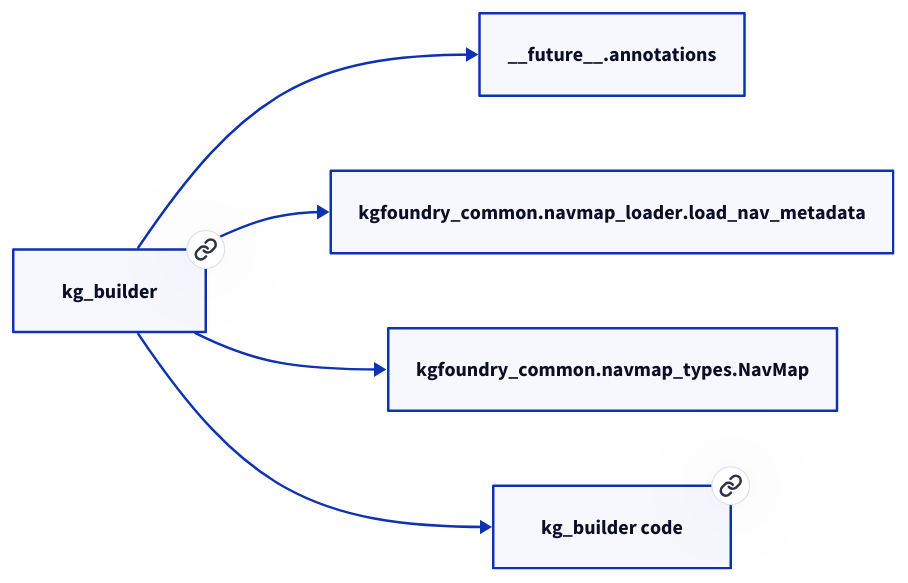
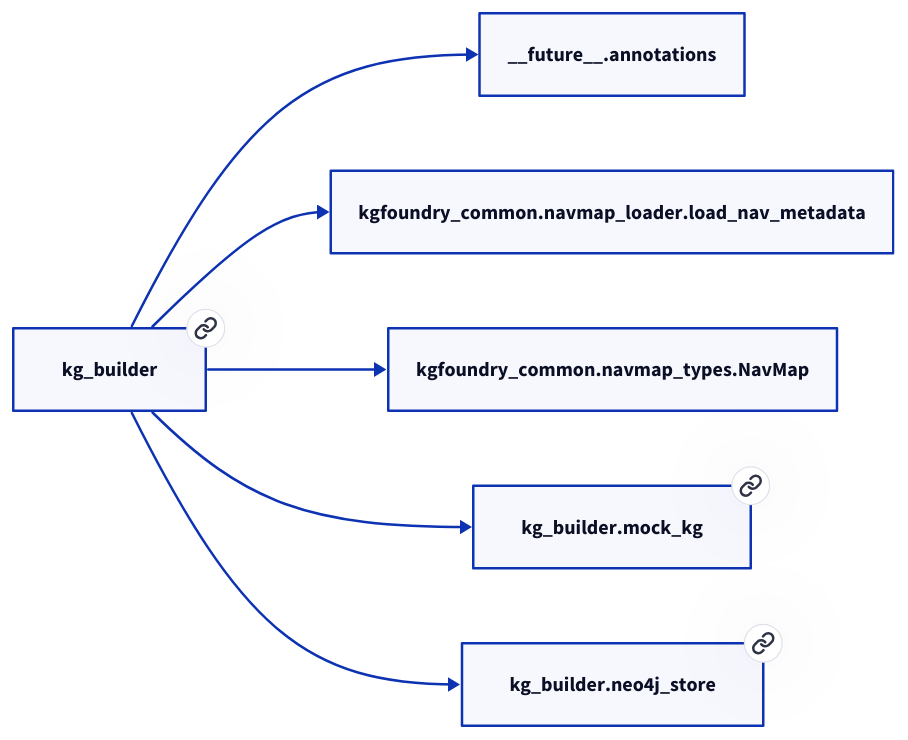
One commit to paul-heyse/kgforge changed the diagram in docs/modules/kg_builder.md. Above: the diagram before and after it, drawn with D2. The commit also changed other lines of this file and 208 other files, not shown here.

````diff
--- a/docs/modules/kg_builder.md
+++ b/docs/modules/kg_builder.md
@@ -17,12 +21,14 @@
 ```d2
 direction: right
-"kg_builder": "kg_builder" { link: "./kg_builder.md" }
+"kg_builder": "kg_builder" { link: "https://github.com/paul-heyse/kgfoundry/blob/main/src/kg_builder/__init__.py" }
 "__future__.annotations": "__future__.annotations"
 "kg_builder" -> "__future__.annotations"
 "kgfoundry_common.navmap_loader.load_nav_metadata": "kgfoundry_common.navmap_loader.load_nav_metadata"
 "kg_builder" -> "kgfoundry_common.navmap_loader.load_nav_metadata"
 "kgfoundry_common.navmap_types.NavMap": "kgfoundry_common.navmap_types.NavMap"
 "kg_builder" -> "kgfoundry_common.navmap_types.NavMap"
-"kg_builder_code": "kg_builder code" { link: "https://github.com/kgfoundry/kgfoundry/blob/main/src/kg_builder/__init__.py" }
-"kg_builder" -> "kg_builder_code" { style: dashed }
+"kg_builder.mock_kg": "kg_builder.mock_kg" { link: "https://github.com/paul-heyse/kgfoundry/blob/main/src/kg_builder/mock_kg.py" }
+"kg_builder" -> "kg_builder.mock_kg" { style: dashed }
+"kg_builder.neo4j_store": "kg_builder.neo4j_store" { link: "https://github.com/paul-heyse/kgfoundry/blob/main/src/kg_builder/neo4j_store.py" }
+"kg_builder" -> "kg_builder.neo4j_store" { style: dashed }
 ```
````
